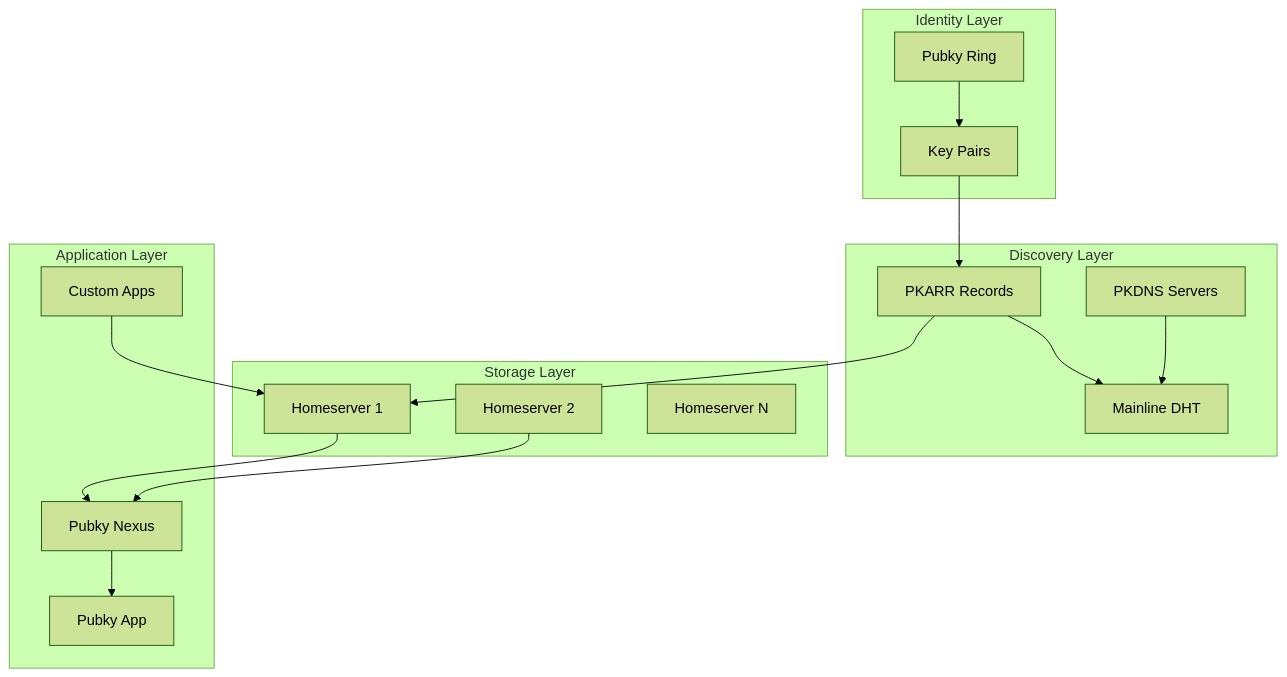
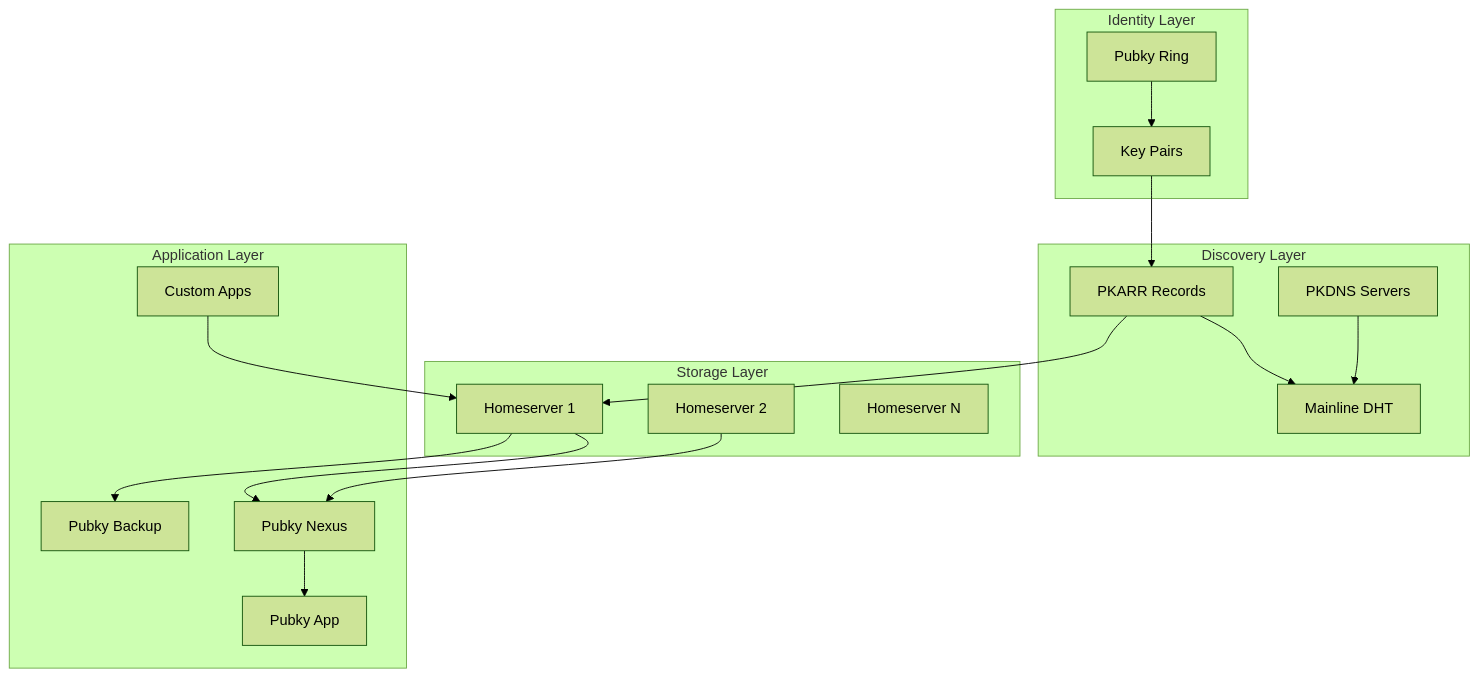
The first of 7 diagrams in src/content/docs/architecture.md (pubky/pubky-knowledge-base-v2), drawn with Mermaid (forest theme) before and after one commit. The commit also changed other lines of this file and 12 other files, not shown here.

Commit message:
Document Pubky Backup public release

````diff
--- a/src/content/docs/architecture.md
+++ b/src/content/docs/architecture.md
@@ -11,35 +11,37 @@
 ```mermaid
 flowchart TB
     subgraph Identity[Identity Layer]
         Ring[Pubky Ring]
         Keys[Key Pairs]
     end
     
     subgraph Discovery[Discovery Layer]
         PKARR[PKARR Records]
         DHT[Mainline DHT]
         PKDNS[PKDNS Servers]
     end
     
     subgraph Storage[Storage Layer]
         HS1[Homeserver 1]
         HS2[Homeserver 2]
         HSN[Homeserver N]
     end
     
     subgraph Apps[Application Layer]
         PubkyApp[Pubky App]
         Nexus[Pubky Nexus]
+        Backup[Pubky Backup]
         Custom[Custom Apps]
     end
     
     Ring --> Keys
     Keys --> PKARR
     PKARR --> DHT
     PKDNS --> DHT
     PKARR --> HS1
     HS1 --> Nexus
     HS2 --> Nexus
+    HS1 --> Backup
     Nexus --> PubkyApp
     Custom --> HS1
 ```
````
